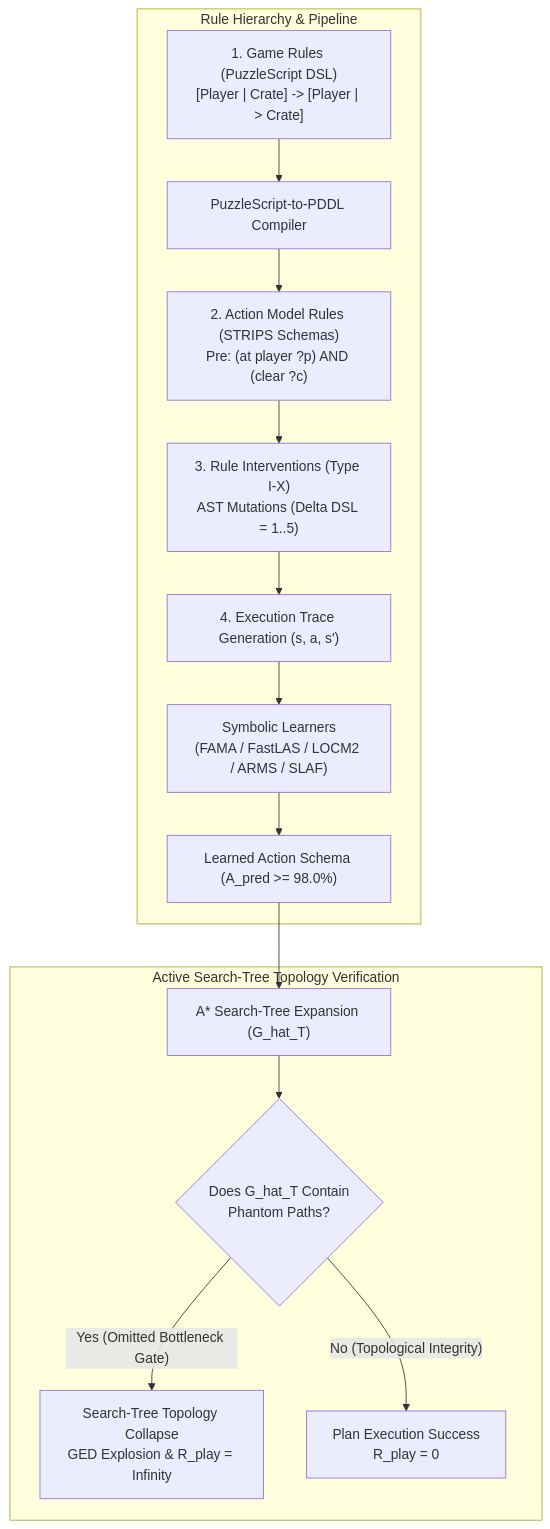
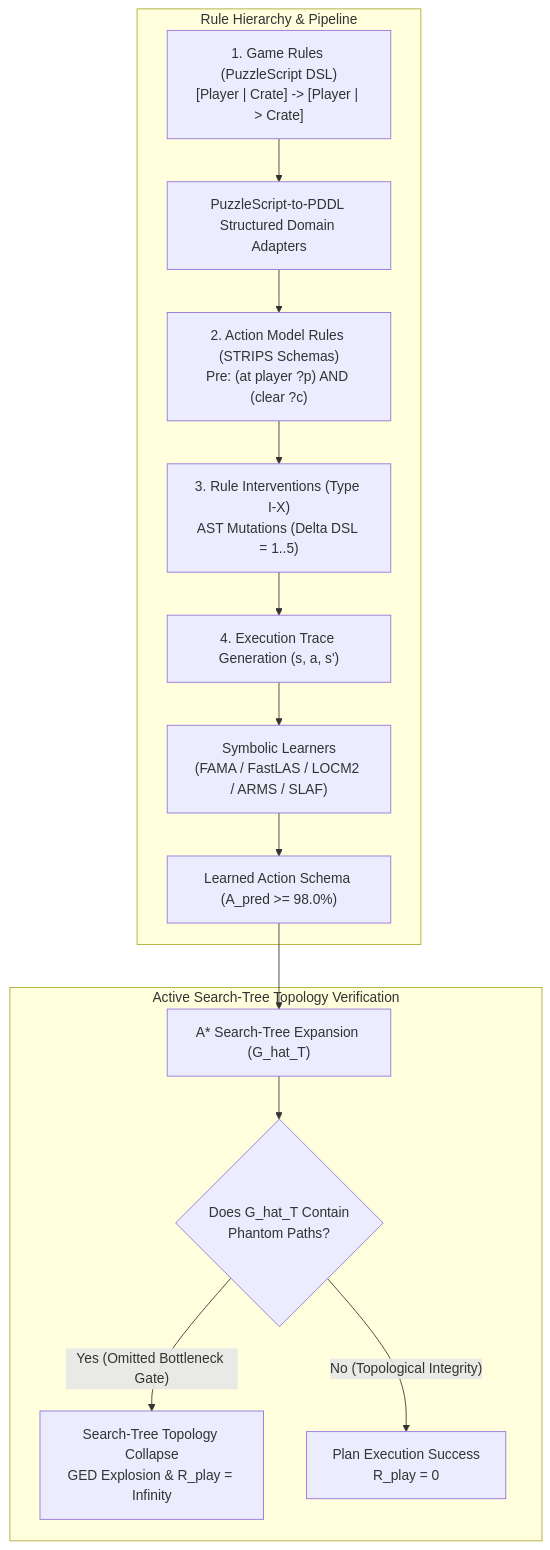
Before and after one commit to minhphuc477/symbolic-action-model-verification: the diagram in literature/paper1_ieee_tog_manuscript.md, drawn with Mermaid. The commit also changed other lines of this file and 1 other file, not shown here.

````diff
--- a/literature/paper1_ieee_tog_manuscript.md
+++ b/literature/paper1_ieee_tog_manuscript.md
@@ -21,18 +21,18 @@
 ```mermaid
 flowchart TD
     subgraph Rule Hierarchy & Pipeline
-        R1["1. Game Rules (PuzzleScript DSL)<br/>[Player | Crate] -> [Player | > Crate]"] --> C1["PuzzleScript-to-PDDL Compiler"]
+        R1["1. Game Rules (PuzzleScript DSL)<br/>[Player | Crate] -> [Player | > Crate]"] --> C1["PuzzleScript-to-PDDL Structured Domain Adapters"]
         C1 --> R2["2. Action Model Rules (STRIPS Schemas)<br/>Pre: (at player ?p) AND (clear ?c)"]
         R2 --> R3["3. Rule Interventions (Type I-X)<br/>AST Mutations (Delta DSL = 1..5)"]
         R3 --> R4["4. Execution Trace Generation (s, a, s')"]
         R4 --> L1["Symbolic Learners<br/>(FAMA / FastLAS / LOCM2 / ARMS / SLAF)"]
         L1 --> L2["Learned Action Schema (A_pred >= 98.0%)"]
     end
 
     subgraph Active Search-Tree Topology Verification
         L2 --> P1["A* Search-Tree Expansion (G_hat_T)"]
         P1 --> P2{"Does G_hat_T Contain<br/>Phantom Paths?"}
         P2 -- "Yes (Omitted Bottleneck Gate)" --> P3["Search-Tree Topology Collapse<br/>GED Explosion & R_play = Infinity"]
         P2 -- "No (Topological Integrity)" --> P4["Plan Execution Success<br/>R_play = 0"]
     end
 ```
````
